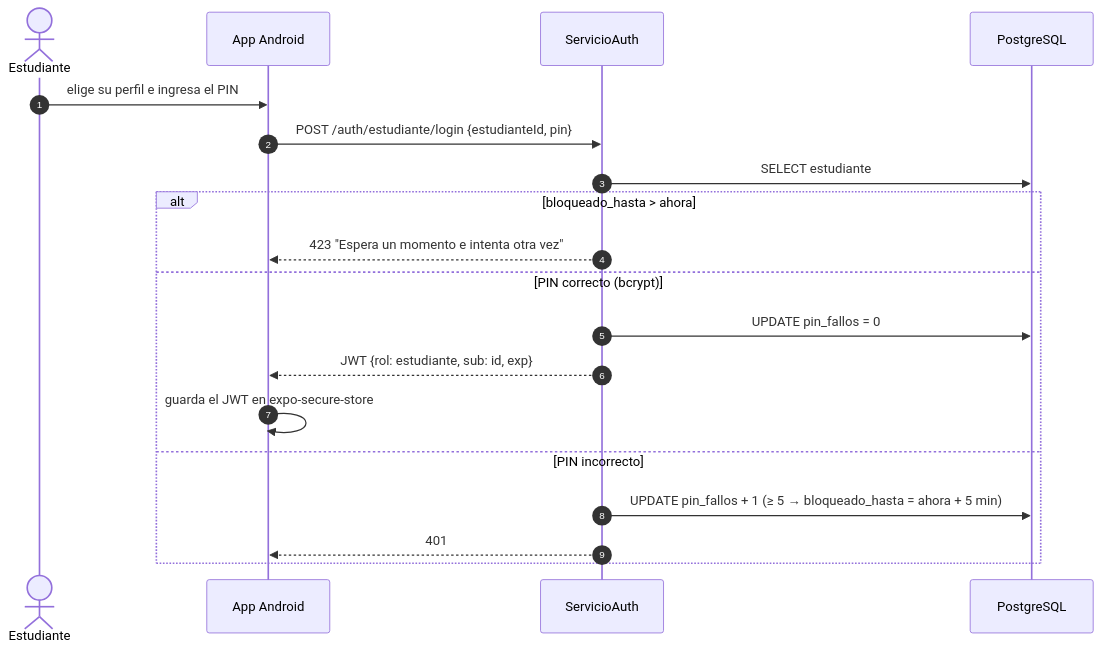
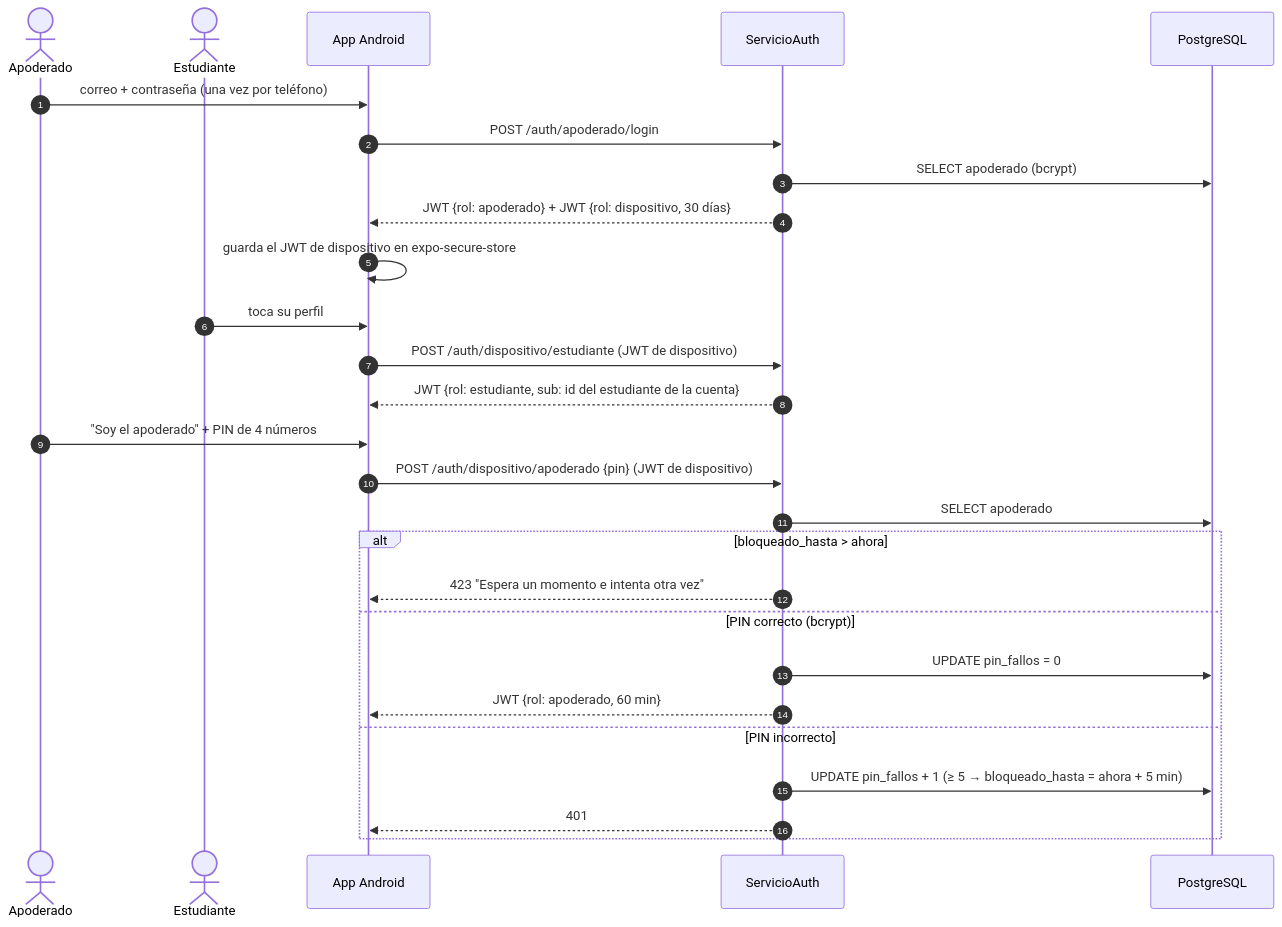
One commit to IvanDiazAndrade/tutor_inteligente changed the first of 7 diagrams in docs/diagramas_secuencia.md. Above: the diagram before and after it, drawn with Mermaid. The commit also changed other lines of this file and 28 other files, not shown here.

First line of the commit message:
Acceso: teléfono vinculado, estudiante sin PIN y PIN del panel del apoderado

````diff
--- a/docs/diagramas_secuencia.md
+++ b/docs/diagramas_secuencia.md
@@ -34,22 +36,32 @@
 ```mermaid
 sequenceDiagram
     autonumber
+    actor A as Apoderado
     actor E as Estudiante
     participant App as App Android
     participant API as ServicioAuth
     participant DB as PostgreSQL
 
-    E->>App: elige su perfil e ingresa el PIN
-    App->>API: POST /auth/estudiante/login {estudianteId, pin}
-    API->>DB: SELECT estudiante
+    A->>App: correo + contraseña (una vez por teléfono)
+    App->>API: POST /auth/apoderado/login
+    API->>DB: SELECT apoderado (bcrypt)
+    API-->>App: JWT {rol: apoderado} + JWT {rol: dispositivo, 30 días}
+    App->>App: guarda el JWT de dispositivo en expo-secure-store
+
+    E->>App: toca su perfil
+    App->>API: POST /auth/dispositivo/estudiante (JWT de dispositivo)
+    API-->>App: JWT {rol: estudiante, sub: id del estudiante de la cuenta}
+
+    A->>App: "Soy el apoderado" + PIN de 4 números
+    App->>API: POST /auth/dispositivo/apoderado {pin} (JWT de dispositivo)
+    API->>DB: SELECT apoderado
     alt bloqueado_hasta > ahora
         API-->>App: 423 "Espera un momento e intenta otra vez"
     else PIN correcto (bcrypt)
         API->>DB: UPDATE pin_fallos = 0
-        API-->>App: JWT {rol: estudiante, sub: id, exp}
-        App->>App: guarda el JWT en expo-secure-store
+        API-->>App: JWT {rol: apoderado, 60 min}
     else PIN incorrecto
         API->>DB: UPDATE pin_fallos + 1 (≥ 5 → bloqueado_hasta = ahora + 5 min)
         API-->>App: 401
     end
 ```
````
